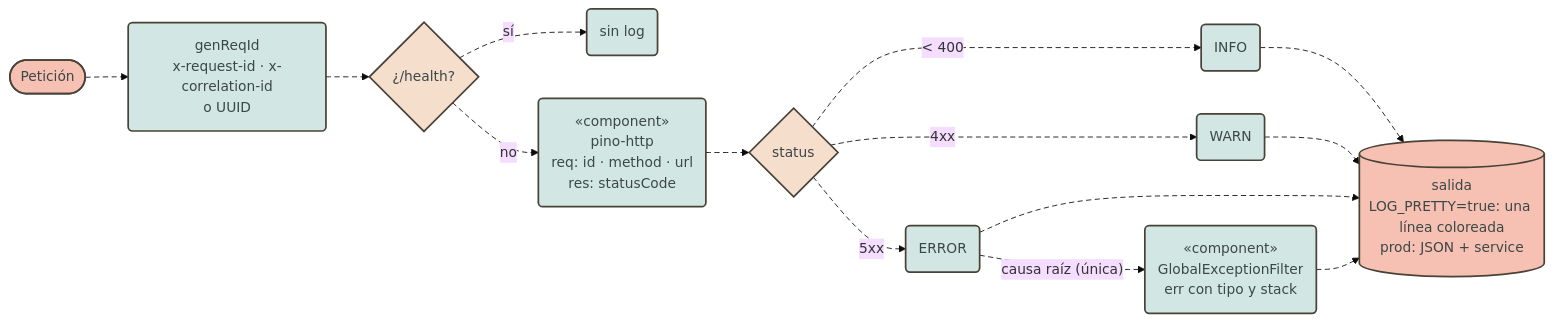
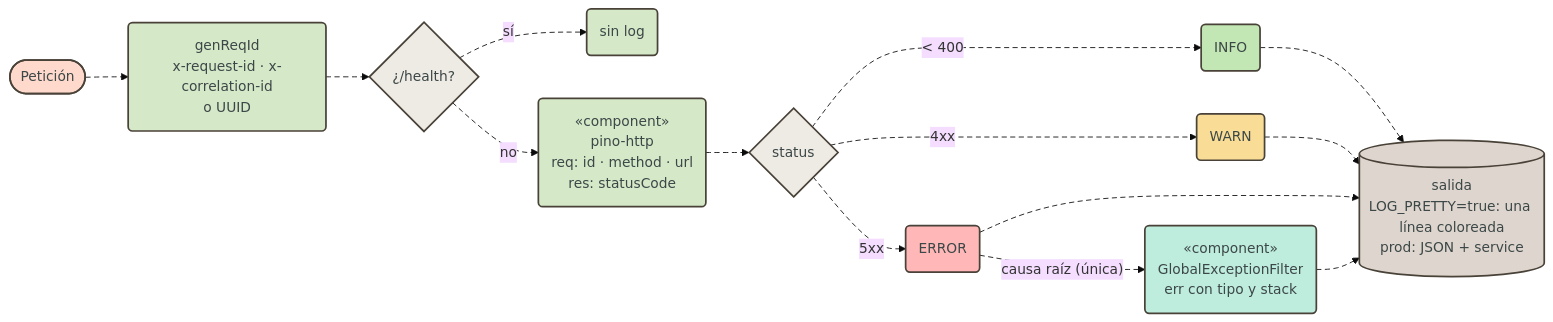
Before and after one commit to pcarroza91/nest-template: diagram 16 of 19 in docs/architecture.md, drawn with Mermaid (base theme). The commit also changed other lines of this file and 2 other files, not shown here.

First line of the commit message:
docs(architecture): colores por capa y componente en los diagramas Mermaid

````diff
--- a/docs/architecture.md
+++ b/docs/architecture.md
@@ -684,31 +718,41 @@
 ```mermaid
 flowchart LR
     REQ(["Petición"])
     RID("genReqId<br/>x-request-id · x-correlation-id<br/>o UUID")
     SIL{"¿/health?"}
     NOLOG("sin log")
     PH("«component»<br/>pino-http<br/>req: id · method · url<br/>res: statusCode")
     LVL{"status"}
     INFO("INFO")
     WARN("WARN")
     ERRL("ERROR")
     FIL("«component»<br/>GlobalExceptionFilter<br/>err con tipo y stack")
     OUT[("salida<br/>LOG_PRETTY=true: una línea coloreada<br/>prod: JSON + service")]
 
     REQ --> RID --> SIL
     SIL -- "sí" --> NOLOG
     SIL -- "no" --> PH --> LVL
     LVL -- "< 400" --> INFO
     LVL -- "4xx" --> WARN
     LVL -- "5xx" --> ERRL
     ERRL -. "causa raíz (única)" .-> FIL
     INFO & WARN & ERRL & FIL --> OUT
 
-    classDef shared fill:#d2e7e4,stroke:#494238,stroke-width:2px,color:#3c4747
-    classDef ext fill:#f6c1b2,stroke:#494238,stroke-width:2px,color:#3c4747
-    class RID,NOLOG,PH,INFO,WARN,ERRL,FIL shared
-    class REQ,OUT ext
-    classDef decision fill:#f6decc,stroke:#494238,stroke-width:2px,color:#3c4747
+    classDef common fill:#beecdd,stroke:#494238,stroke-width:2px,color:#3c4747
+    classDef config fill:#d5e8c8,stroke:#494238,stroke-width:2px,color:#3c4747
+    classDef external fill:#ffd9cb,stroke:#494238,stroke-width:2px,color:#3c4747
+    classDef infra fill:#ded6ce,stroke:#494238,stroke-width:2px,color:#3c4747
+    classDef decision fill:#eeeae4,stroke:#494238,stroke-width:2px,color:#3c4747
+    classDef info fill:#c3e7b4,stroke:#494238,stroke-width:2px,color:#3c4747
+    classDef warn fill:#f9dd97,stroke:#494238,stroke-width:2px,color:#3c4747
+    classDef error fill:#ffb7b7,stroke:#494238,stroke-width:2px,color:#3c4747
+    class FIL common
+    class RID,PH,NOLOG config
+    class INFO info
+    class WARN warn
+    class ERRL error
+    class REQ external
+    class OUT infra
     class SIL,LVL decision
     linkStyle default stroke-dasharray:6 4
 ```
````
